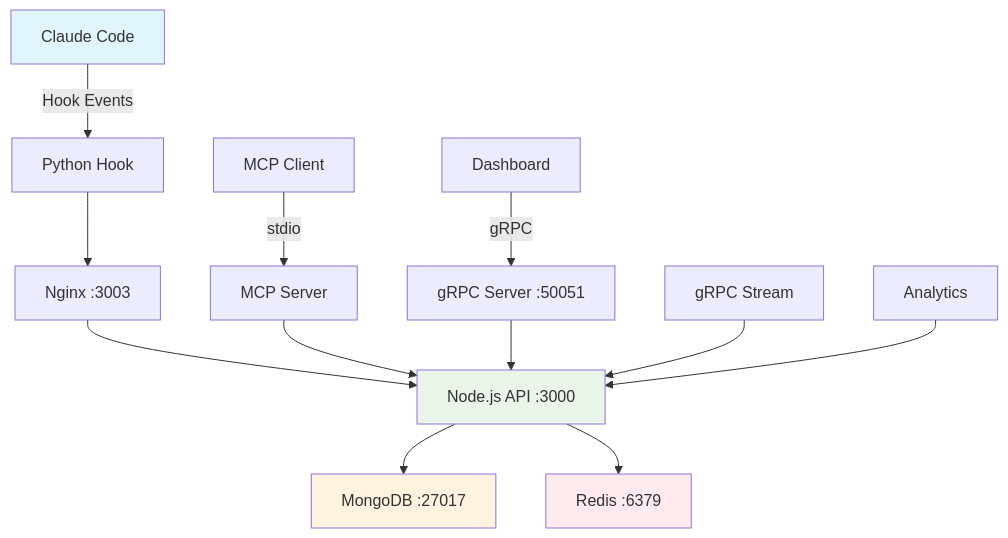
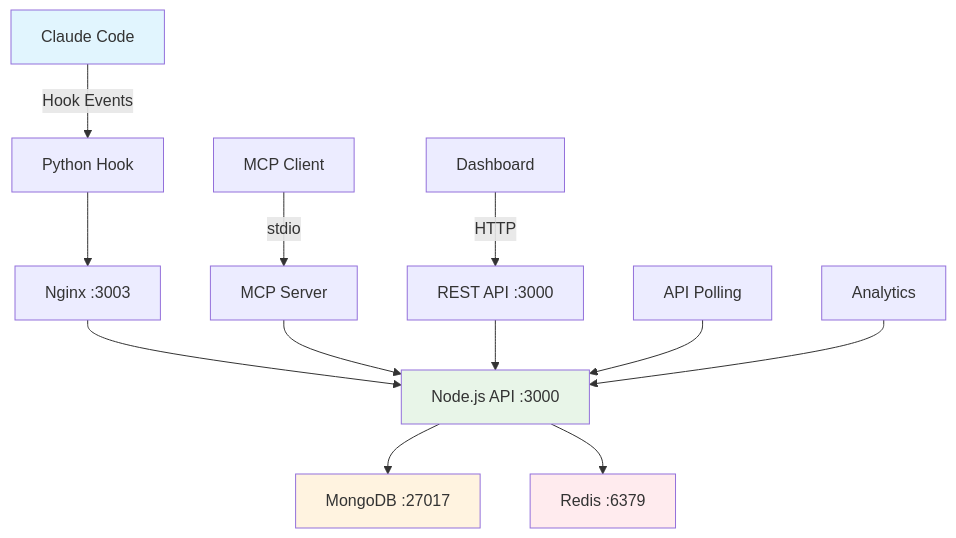
One commit to LucianoRicardo737/claude-conversation-logger changed the second of 2 diagrams in README.md. Above: the diagram before and after it, drawn with Mermaid. The commit also changed other lines of this file and 5 other files, not shown here.

````diff
--- a/README.md
+++ b/README.md
@@ -320,22 +329,22 @@
 ```mermaid
 graph TD
     A[Claude Code] -->|Hook Events| B[Python Hook]
     B --> C[Nginx :3003]
     C --> D[Node.js API :3000]
     D --> E[MongoDB :27017]
     D --> F[Redis :6379]
     
     G[MCP Client] -->|stdio| H[MCP Server]
     H --> D
     
-    I[Dashboard] -->|gRPC| J[gRPC Server :50051]
+    I[Dashboard] -->|HTTP| J[REST API :3000]
     J --> D
     
-    K[gRPC Stream] --> D
+    K[API Polling] --> D
     L[Analytics] --> D
     
     style A fill:#e1f5fe
     style D fill:#e8f5e8
     style E fill:#fff3e0
     style F fill:#ffebee
 ```
````
